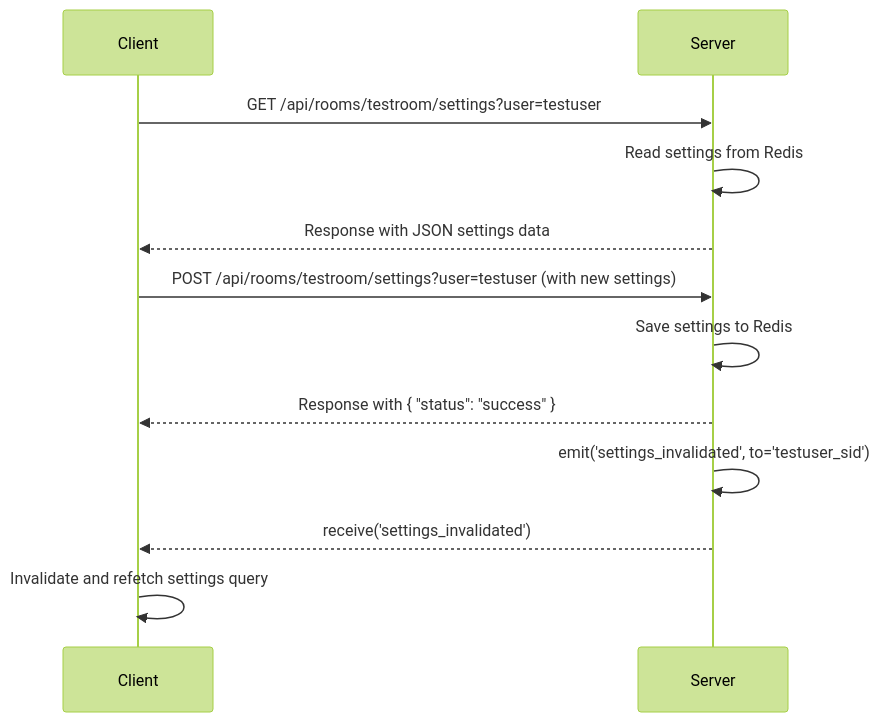
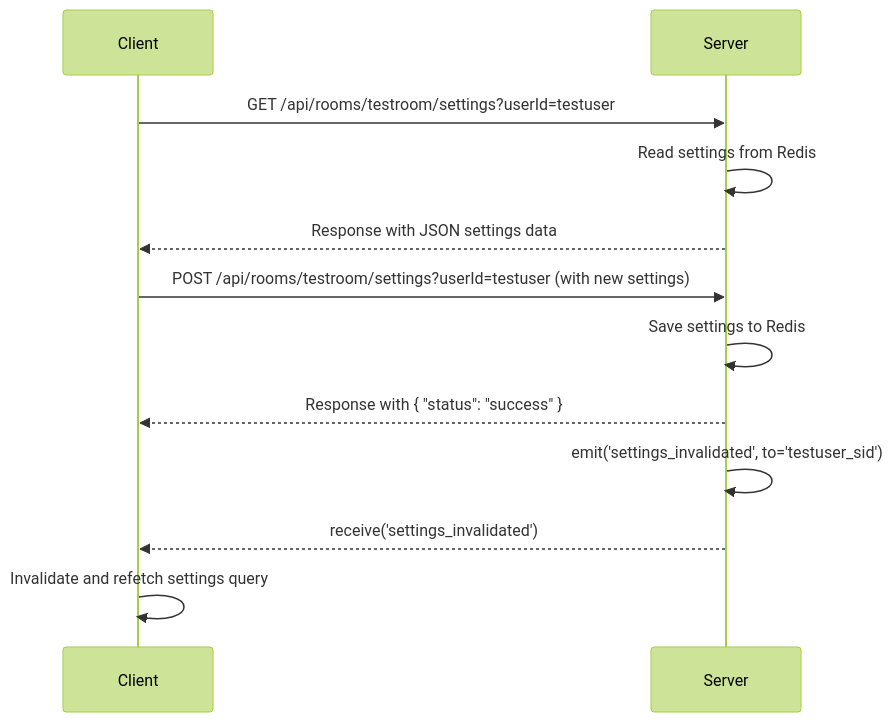
The fifth of 5 diagrams in summary.md (zincware/ZnDraw), drawn with Mermaid (forest theme) before and after one commit. The commit also changed 12 other files, not shown here.

````diff
--- a/summary.md
+++ b/summary.md
@@ -103,16 +103,16 @@
 ```mermaid
 sequenceDiagram
     participant Client
     participant Server
 
-    Client->>Server: GET /api/rooms/testroom/settings?user=testuser
+    Client->>Server: GET /api/rooms/testroom/settings?userId=testuser
     Server->>Server: Read settings from Redis
     Server-->>Client: Response with JSON settings data
 
-    Client->>Server: POST /api/rooms/testroom/settings?user=testuser (with new settings)
+    Client->>Server: POST /api/rooms/testroom/settings?userId=testuser (with new settings)
     Server->>Server: Save settings to Redis
     Server-->>Client: Response with { "status": "success" }
     Server->>Server: emit('settings_invalidated', to='testuser_sid')
     Server-->>Client: receive('settings_invalidated')
     Client->>Client: Invalidate and refetch settings query
 ```
````
